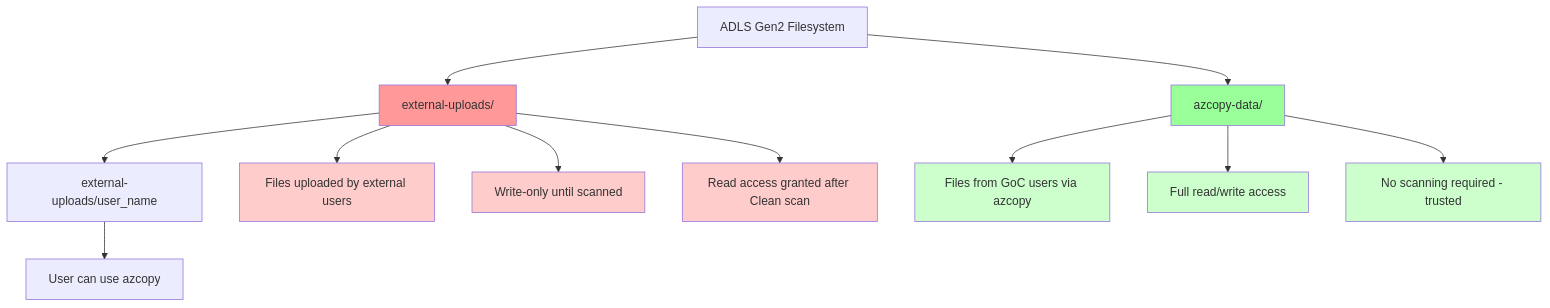
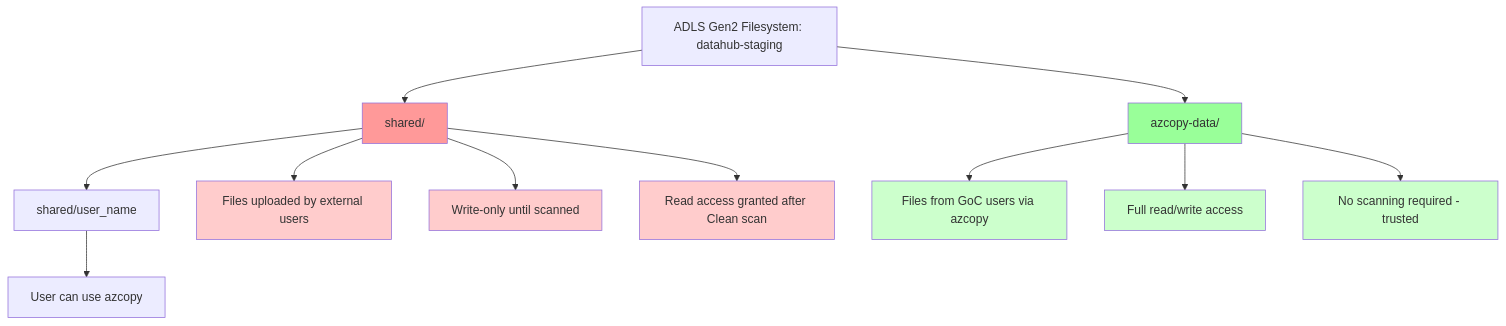
The first of 4 diagrams in DeveloperGuide/ClamAV/clamav-ACLs.md (ssc-sp/datahub-docs), drawn with Mermaid before and after one commit. The commit also changed other lines of this file and 9 other files, not shown here.

````diff
--- a/DeveloperGuide/ClamAV/clamav-ACLs.md
+++ b/DeveloperGuide/ClamAV/clamav-ACLs.md
@@ -47,25 +47,25 @@
 ```mermaid
 graph TD
-    A[ADLS Gen2 Filesystem] --> B[external-uploads/]
-    B --> D[external-uploads/user_name]
+    A[ADLS Gen2 Filesystem: datahub-staging] --> B[shared/]
+    B --> D[shared/user_name]
     A --> C[azcopy-data/]
     
     D --> D1[User can use azcopy]
 
     B --> B1[Files uploaded by external users]
     B --> B2[Write-only until scanned]
     B --> B3[Read access granted after Clean scan]
     
     C --> C1[Files from GoC users via azcopy]
     C --> C2[Full read/write access]
     C --> C3[No scanning required - trusted]
     
     style B fill:#ff9999
     style C fill:#99ff99
     style B1 fill:#ffcccc
     style B2 fill:#ffcccc
     style B3 fill:#ffcccc
     style C1 fill:#ccffcc
     style C2 fill:#ccffcc
     style C3 fill:#ccffcc
 ```
````
